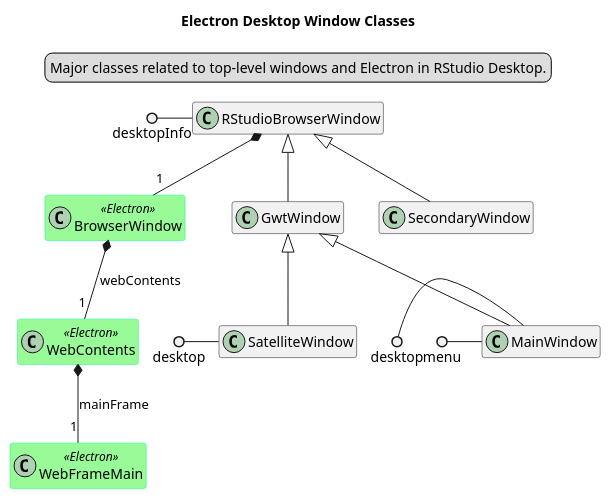
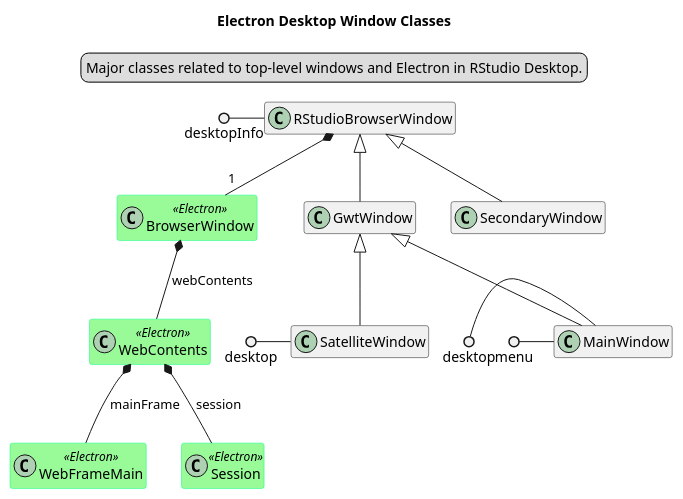
Before and after one commit to rstudio/rstudio: the diagram in src/node/desktop/docs/ElectronWindowClasses.puml, drawn with PlantUML. The commit also changed 15 other files, not shown here.

```diff
--- a/src/node/desktop/docs/ElectronWindowClasses.puml
+++ b/src/node/desktop/docs/ElectronWindowClasses.puml
@@ -1,33 +1,35 @@
 @startuml
 title Electron Desktop Window Classes
 legend top center
 Major classes related to top-level windows and Electron in RStudio Desktop.
 endlegend
 
 hide empty members
 
 skinparam class {
 BackgroundColor<<Electron>> PaleGreen
 BorderColor<<Electron>> SpringGreen
 }
 
 class BrowserWindow << Electron >>
 class WebContents << Electron >>
 class WebFrameMain << Electron >>
+class Session << Electron >>
 
-BrowserWindow *-- "1" WebContents : webContents
-WebContents *-- "1" WebFrameMain : mainFrame
+BrowserWindow *-- WebContents : webContents
+WebContents *-- WebFrameMain : mainFrame
+WebContents *-- Session : session
 
 class RStudioBrowserWindow 
 desktopInfo ()- RStudioBrowserWindow 
 class GwtWindow extends RStudioBrowserWindow
 class SecondaryWindow extends RStudioBrowserWindow
 class SatelliteWindow extends GwtWindow
 desktop ()- SatelliteWindow
 class MainWindow extends GwtWindow
 desktop ()- MainWindow
 menu ()- MainWindow
 
 RStudioBrowserWindow *-- "1" BrowserWindow
 
 @enduml
```
